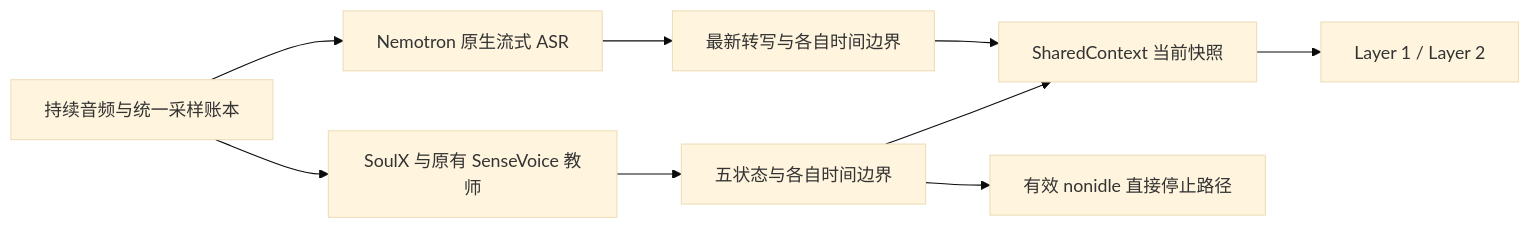
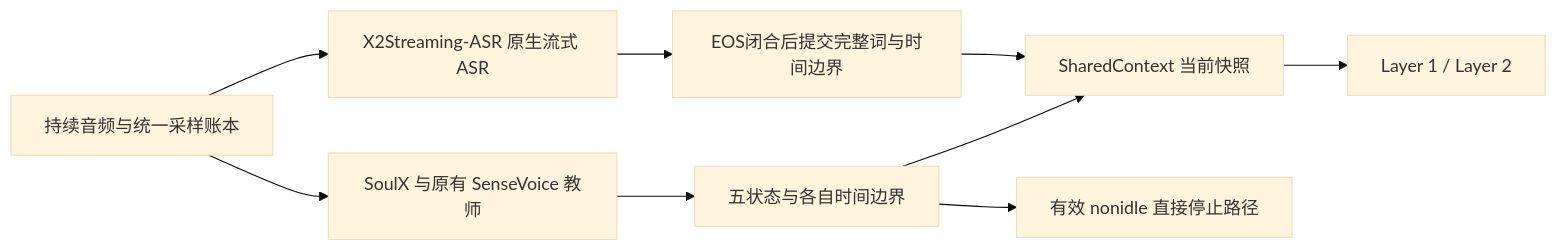
Before and after one commit to Vitalrubbish/InterClarify: the diagram in docs/dev/SoulX-Duplug/independent_streaming_frontend.md, drawn with Mermaid (base theme). The commit also changed other lines of this file and 14 other files, not shown here.

````diff
--- a/docs/dev/SoulX-Duplug/independent_streaming_frontend.md
+++ b/docs/dev/SoulX-Duplug/independent_streaming_frontend.md
@@ -15,11 +15,11 @@
 ```mermaid
 flowchart LR
     A[持续音频与统一采样账本] --> B[SoulX 与原有 SenseVoice 教师]
-    A --> C[Nemotron 原生流式 ASR]
+    A --> C[X2Streaming-ASR 原生流式 ASR]
     B --> D[五状态与各自时间边界]
-    C --> E[最新转写与各自时间边界]
+    C --> E[EOS闭合后提交完整词与时间边界]
     D --> F[SharedContext 当前快照]
     E --> F
     F --> G[Layer 1 / Layer 2]
     D --> H[有效 nonidle 直接停止路径]
 ```
````
